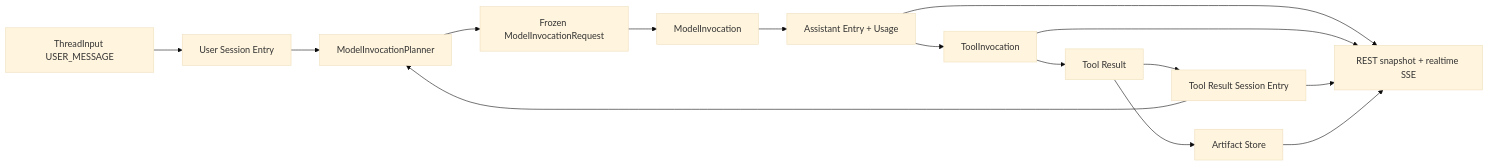
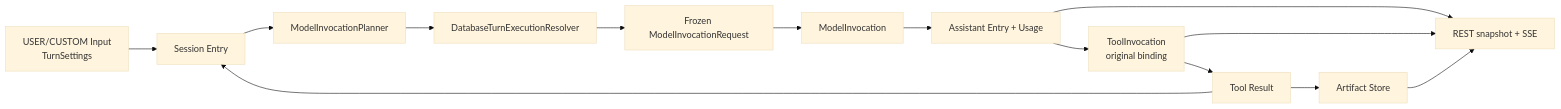
One commit to fengwk/kk-studio changed the diagram in docs/technical-solution/prompt-to-artifact.md. Above: the diagram before and after it, drawn with Mermaid (base theme). The commit also changed other lines of this file and 12 other files, not shown here.

````diff
--- a/docs/technical-solution/prompt-to-artifact.md
+++ b/docs/technical-solution/prompt-to-artifact.md
@@ -7,22 +7,28 @@
 ```mermaid
 flowchart LR
-    Input[ThreadInput USER_MESSAGE]
-    Entry[User Session Entry]
-    Plan[ModelInvocationPlanner]
-    Provider[Frozen ModelInvocationRequest]
-    MI[ModelInvocation]
+    Input[USER/CUSTOM Input<br/>TurnSettings]
+    Entry[Session Entry]
+    Planner[ModelInvocationPlanner]
+    Resolver[DatabaseTurnExecutionResolver]
+    Request[Frozen ModelInvocationRequest]
+    Model[ModelInvocation]
     Assistant[Assistant Entry + Usage]
-    Invocation[ToolInvocation]
+    Tool[ToolInvocation<br/>original binding]
     Result[Tool Result]
     Artifact[Artifact Store]
-    ToolEntry[Tool Result Session Entry]
-    UI[REST snapshot + realtime SSE]
+    UI[REST snapshot + SSE]
 
-    Input --> Entry --> Plan --> Provider --> MI --> Assistant --> Invocation --> Result
+    Input --> Entry
+    Entry --> Planner
+    Planner --> Resolver
+    Resolver --> Request
+    Request --> Model
+    Model --> Assistant
+    Assistant --> Tool
+    Tool --> Result
     Result --> Artifact
-    Result --> ToolEntry --> Plan
+    Result --> Entry
     Assistant --> UI
-    Invocation --> UI
-    ToolEntry --> UI
+    Tool --> UI
     Artifact --> UI
 ```
````
